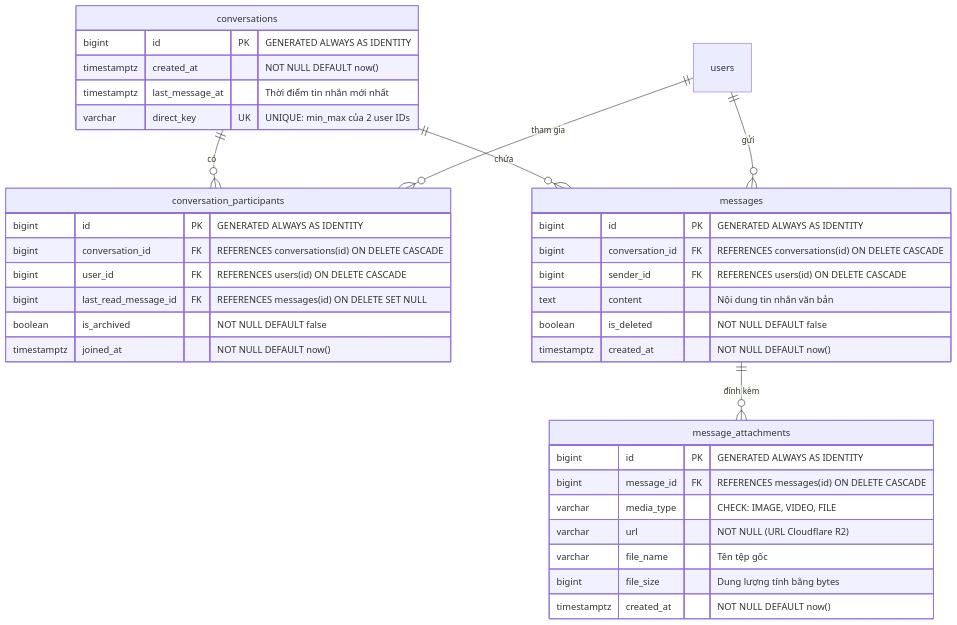
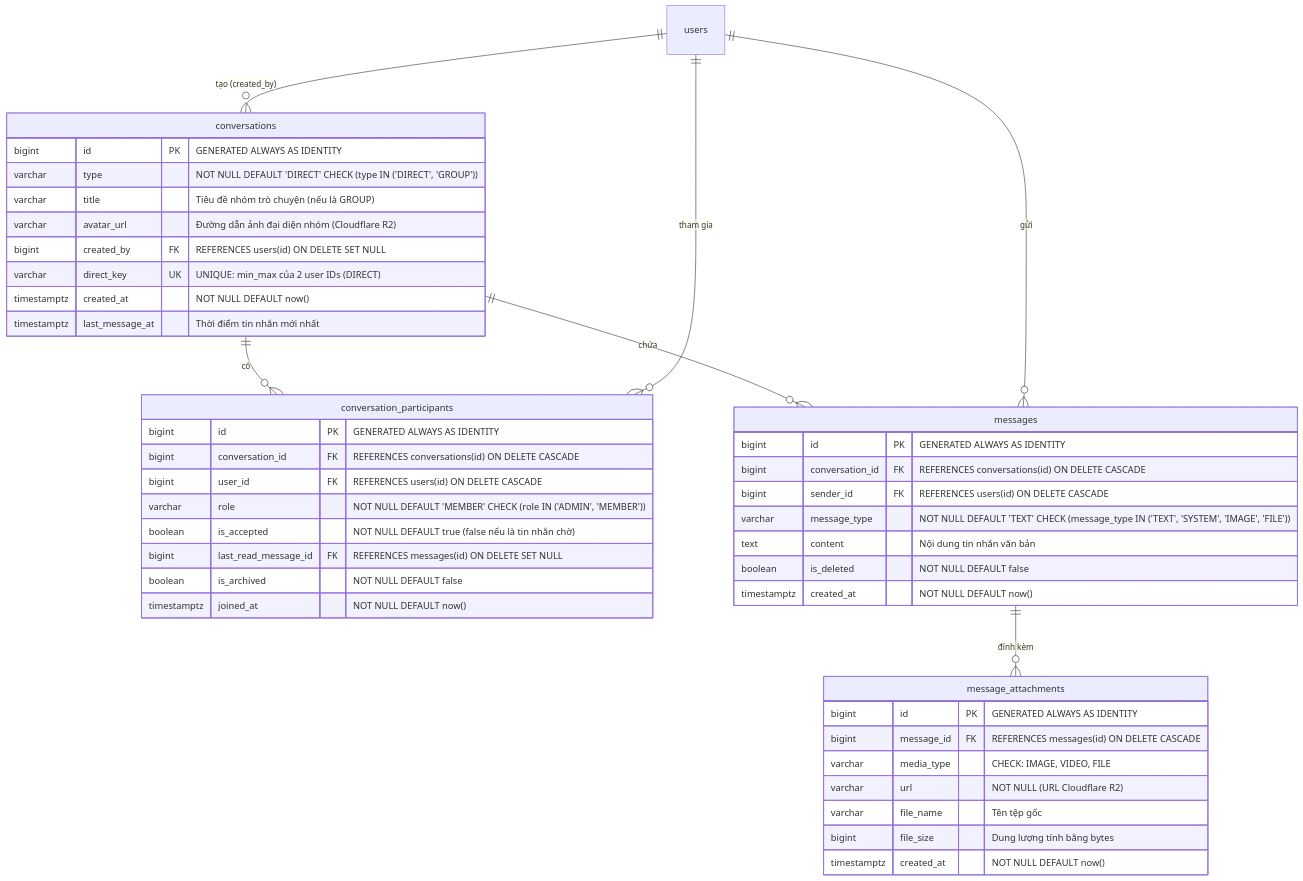
One commit to Alumnect/Alumnect changed the fifth of 5 diagrams in docs/update_SRS/SRS_UC_33_Chat11.md. Above: the diagram before and after it, drawn with Mermaid. The commit also changed other lines of this file and 46 other files, not shown here.

Commit message:
feat(messaging): implement group chat, message requests, email directory search and update SRS docs (UC33-UC39)

````diff
--- a/docs/update_SRS/SRS_UC_33_Chat11.md
+++ b/docs/update_SRS/SRS_UC_33_Chat11.md
@@ -518,43 +521,51 @@
 ```mermaid
 erDiagram
     conversations ||--o{ conversation_participants : "có"
     conversations ||--o{ messages : "chứa"
     messages ||--o{ message_attachments : "đính kèm"
     users ||--o{ conversation_participants : "tham gia"
     users ||--o{ messages : "gửi"
+    users ||--o{ conversations : "tạo (created_by)"
 
     conversations {
         bigint id PK "GENERATED ALWAYS AS IDENTITY"
+        varchar type "NOT NULL DEFAULT 'DIRECT' CHECK (type IN ('DIRECT', 'GROUP'))"
+        varchar title "Tiêu đề nhóm trò chuyện (nếu là GROUP)"
+        varchar avatar_url "Đường dẫn ảnh đại diện nhóm (Cloudflare R2)"
+        bigint created_by FK "REFERENCES users(id) ON DELETE SET NULL"
+        varchar direct_key UK "UNIQUE: min_max của 2 user IDs (DIRECT)"
         timestamptz created_at "NOT NULL DEFAULT now()"
         timestamptz last_message_at "Thời điểm tin nhắn mới nhất"
-        varchar direct_key UK "UNIQUE: min_max của 2 user IDs"
     }
 
     conversation_participants {
         bigint id PK "GENERATED ALWAYS AS IDENTITY"
         bigint conversation_id FK "REFERENCES conversations(id) ON DELETE CASCADE"
         bigint user_id FK "REFERENCES users(id) ON DELETE CASCADE"
+        varchar role "NOT NULL DEFAULT 'MEMBER' CHECK (role IN ('ADMIN', 'MEMBER'))"
+        boolean is_accepted "NOT NULL DEFAULT true (false nếu là tin nhắn chờ)"
         bigint last_read_message_id FK "REFERENCES messages(id) ON DELETE SET NULL"
         boolean is_archived "NOT NULL DEFAULT false"
         timestamptz joined_at "NOT NULL DEFAULT now()"
     }
 
     messages {
         bigint id PK "GENERATED ALWAYS AS IDENTITY"
         bigint conversation_id FK "REFERENCES conversations(id) ON DELETE CASCADE"
         bigint sender_id FK "REFERENCES users(id) ON DELETE CASCADE"
+        varchar message_type "NOT NULL DEFAULT 'TEXT' CHECK (message_type IN ('TEXT', 'SYSTEM', 'IMAGE', 'FILE'))"
         text content "Nội dung tin nhắn văn bản"
         boolean is_deleted "NOT NULL DEFAULT false"
         timestamptz created_at "NOT NULL DEFAULT now()"
     }
 
     message_attachments {
         bigint id PK "GENERATED ALWAYS AS IDENTITY"
         bigint message_id FK "REFERENCES messages(id) ON DELETE CASCADE"
         varchar media_type "CHECK: IMAGE, VIDEO, FILE"
         varchar url "NOT NULL (URL Cloudflare R2)"
         varchar file_name "Tên tệp gốc"
         bigint file_size "Dung lượng tính bằng bytes"
         timestamptz created_at "NOT NULL DEFAULT now()"
     }
 ```
````
